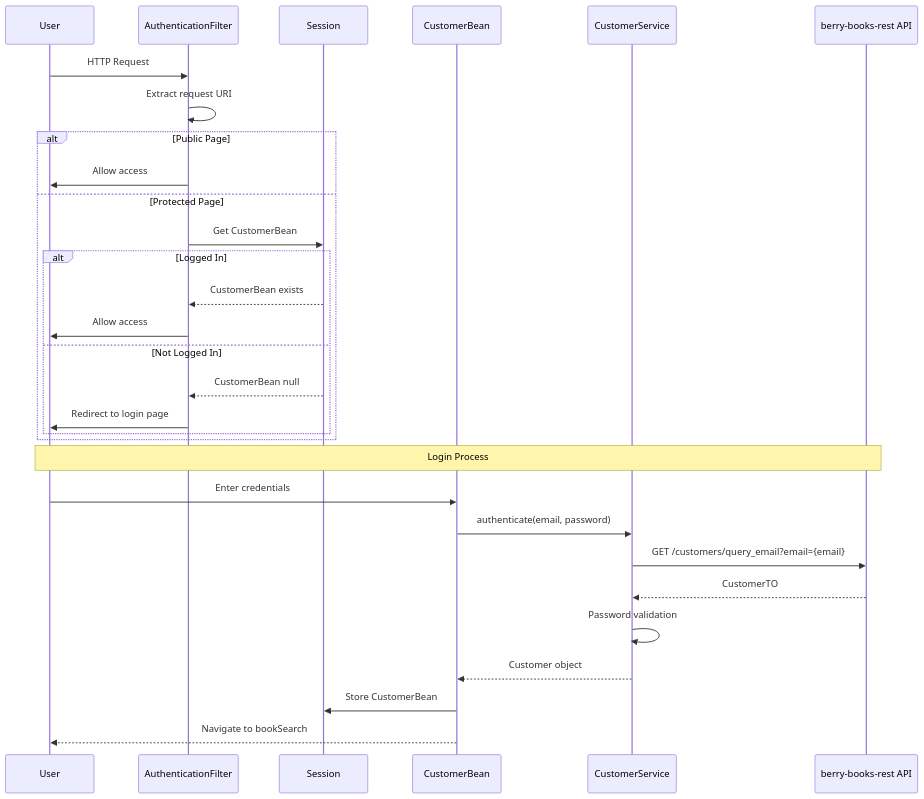
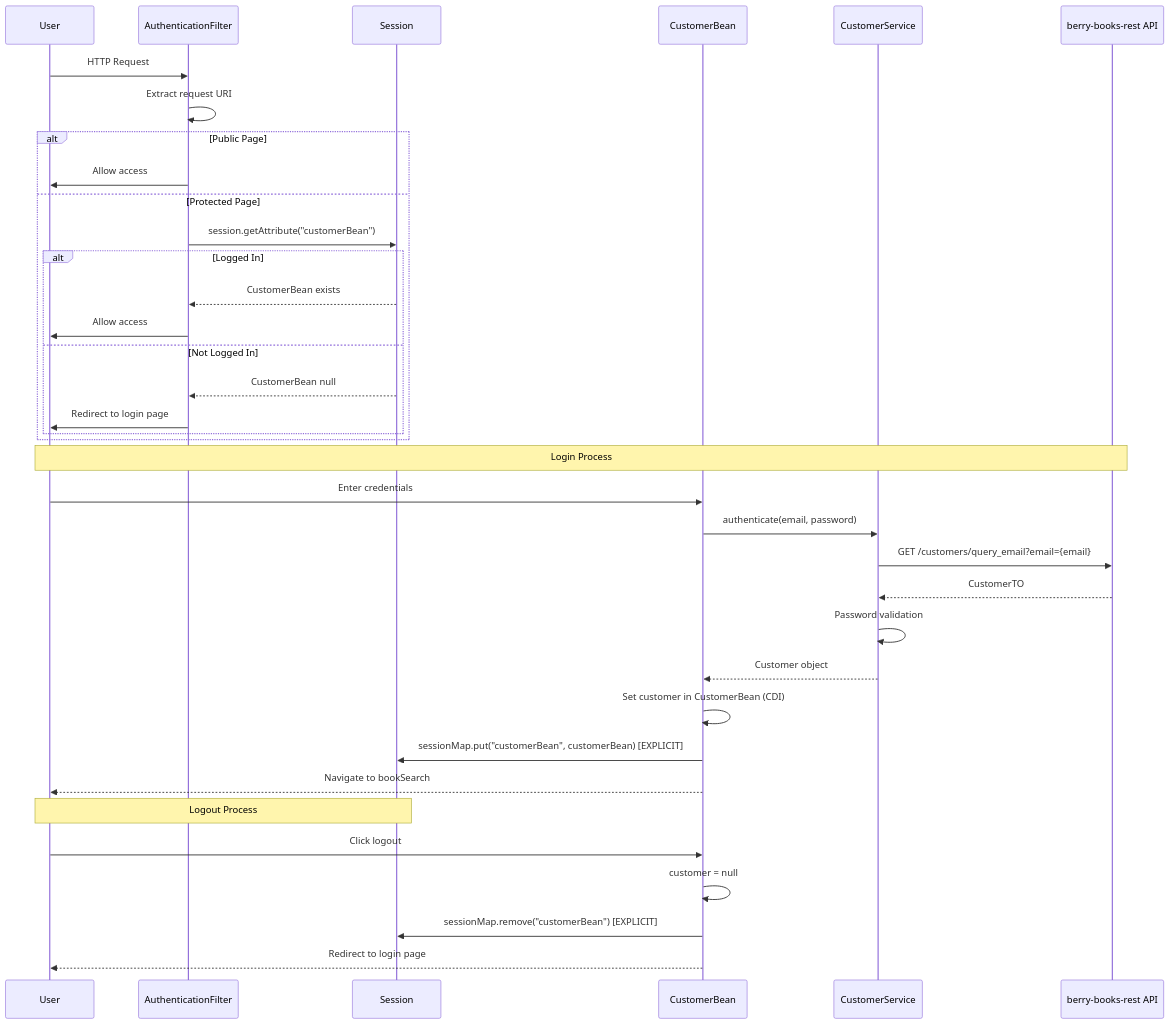
One commit to KenyaSaitoh/ai_dev_training_202512 changed the ninth of 13 diagrams in projects/java/berry-books-mvc-sdd/specs/baseline/system/architecture_design.md. Above: the diagram before and after it, drawn with Mermaid. The commit also changed other lines of this file and 56 other files, not shown here.

````diff
--- a/projects/java/berry-books-mvc-sdd/specs/baseline/system/architecture_design.md
+++ b/projects/java/berry-books-mvc-sdd/specs/baseline/system/architecture_design.md
@@ -433,35 +536,42 @@
 ```mermaid
 sequenceDiagram
     participant User
     participant Filter as AuthenticationFilter
     participant Session
     participant Bean as CustomerBean
     participant Service as CustomerService
     participant RestAPI as berry-books-rest API
     
     User->>Filter: HTTP Request
     Filter->>Filter: Extract request URI
     
     alt Public Page
         Filter->>User: Allow access
     else Protected Page
-        Filter->>Session: Get CustomerBean
+        Filter->>Session: session.getAttribute("customerBean")
         alt Logged In
             Session-->>Filter: CustomerBean exists
             Filter->>User: Allow access
         else Not Logged In
             Session-->>Filter: CustomerBean null
             Filter->>User: Redirect to login page
         end
     end
     
     Note over User,RestAPI: Login Process
     User->>Bean: Enter credentials
     Bean->>Service: authenticate(email, password)
     Service->>RestAPI: GET /customers/query_email?email={email}
     RestAPI-->>Service: CustomerTO
     Service->>Service: Password validation
     Service-->>Bean: Customer object
-    Bean->>Session: Store CustomerBean
+    Bean->>Bean: Set customer in CustomerBean (CDI)
+    Bean->>Session: sessionMap.put("customerBean", customerBean) [EXPLICIT]
     Bean-->>User: Navigate to bookSearch
+    
+    Note over User,Session: Logout Process
+    User->>Bean: Click logout
+    Bean->>Bean: customer = null
+    Bean->>Session: sessionMap.remove("customerBean") [EXPLICIT]
+    Bean-->>User: Redirect to login page
 ```
````
